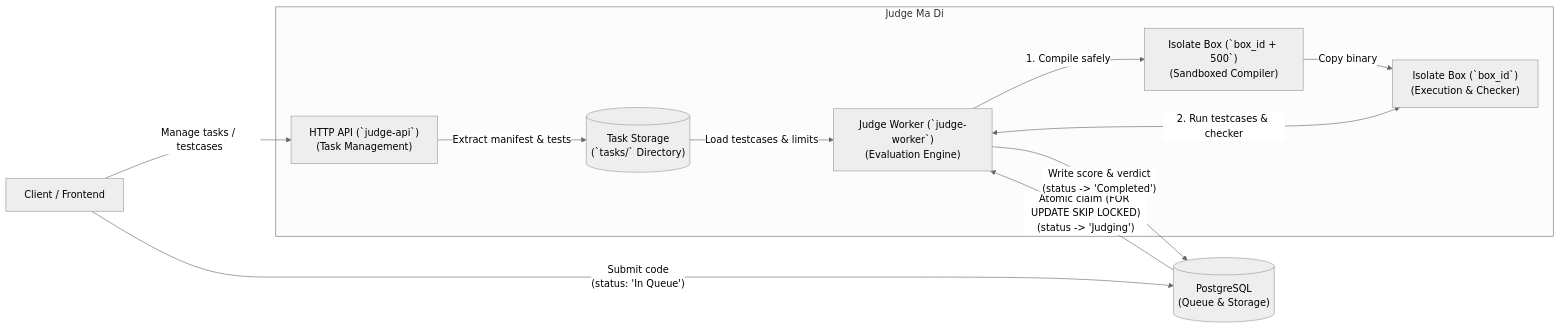
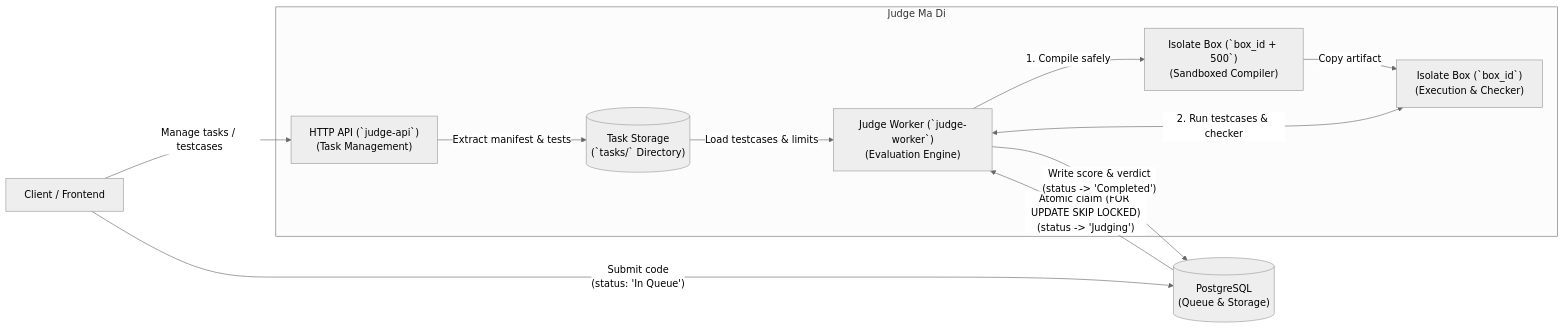
The first of 2 diagrams in docs/architecture.md (chawinkn/judge-ma-di), drawn with Mermaid (neutral theme) before and after one commit. The commit also changed other lines of this file and 13 other files, not shown here.

````diff
--- a/docs/architecture.md
+++ b/docs/architecture.md
@@ -9,24 +9,24 @@
 ```mermaid
 flowchart LR
     Client["Client / Frontend"]
     DB[("PostgreSQL\n(Queue & Storage)")]
 
     subgraph Judge["Judge Ma Di"]
         API["HTTP API (`judge-api`)\n(Task Management)"]
         Storage[("Task Storage\n(`tasks/` Directory)")]
         Worker["Judge Worker (`judge-worker`)\n(Evaluation Engine)"]
         CompileBox["Isolate Box (`box_id + 500`)\n(Sandboxed Compiler)"]
         RunBox["Isolate Box (`box_id`)\n(Execution & Checker)"]
     end
 
     Client -->|"Manage tasks / testcases"| API
     API -->|"Extract manifest & tests"| Storage
 
     Client -->|"Submit code\n(status: 'In Queue')"| DB
     DB -->|"Atomic claim (FOR UPDATE SKIP LOCKED)\n(status -> 'Judging')"| Worker
     Storage -->|"Load testcases & limits"| Worker
     Worker -->|"1. Compile safely"| CompileBox
-    CompileBox -->|"Copy binary"| RunBox
+    CompileBox -->|"Copy artifact"| RunBox
     Worker <-->|"2. Run testcases & checker"| RunBox
     Worker -->|"Write score & verdict\n(status -> 'Completed')"| DB
 ```
````
